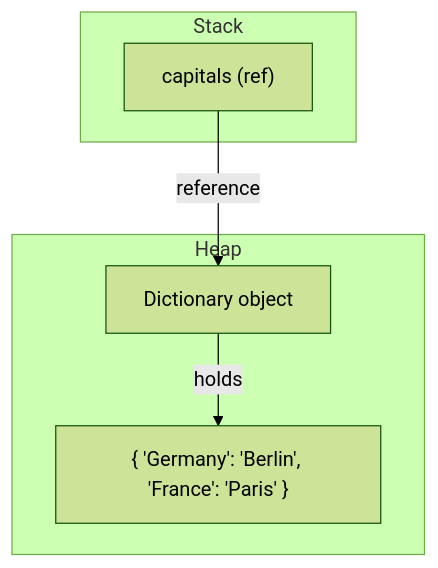
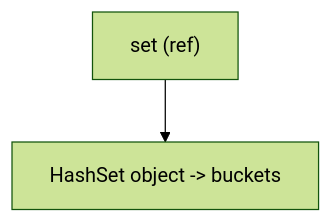
Before and after one commit to BasharAlwarad/Software_Engineering_course: the sixth of 8 diagrams in 19_arrays/README.md, drawn with Mermaid (forest theme). The commit also changed other lines of this file and 44 other files, not shown here.

````diff
--- a/19_arrays/README.md
+++ b/19_arrays/README.md
@@ -139,12 +407,4 @@
 ```mermaid
-flowchart TD
-    subgraph Stack
-        D1["capitals (ref)"]
-    end
-    subgraph Heap
-        D2["Dictionary object"]
-        D3["{ 'Germany': 'Berlin', 'France': 'Paris' }"]
-    end
-    D1 -- reference --> D2
-    D2 -- holds --> D3
+graph TD
+	ref["set (ref)"] --> hs["HashSet object -> buckets"]
 ```
````
